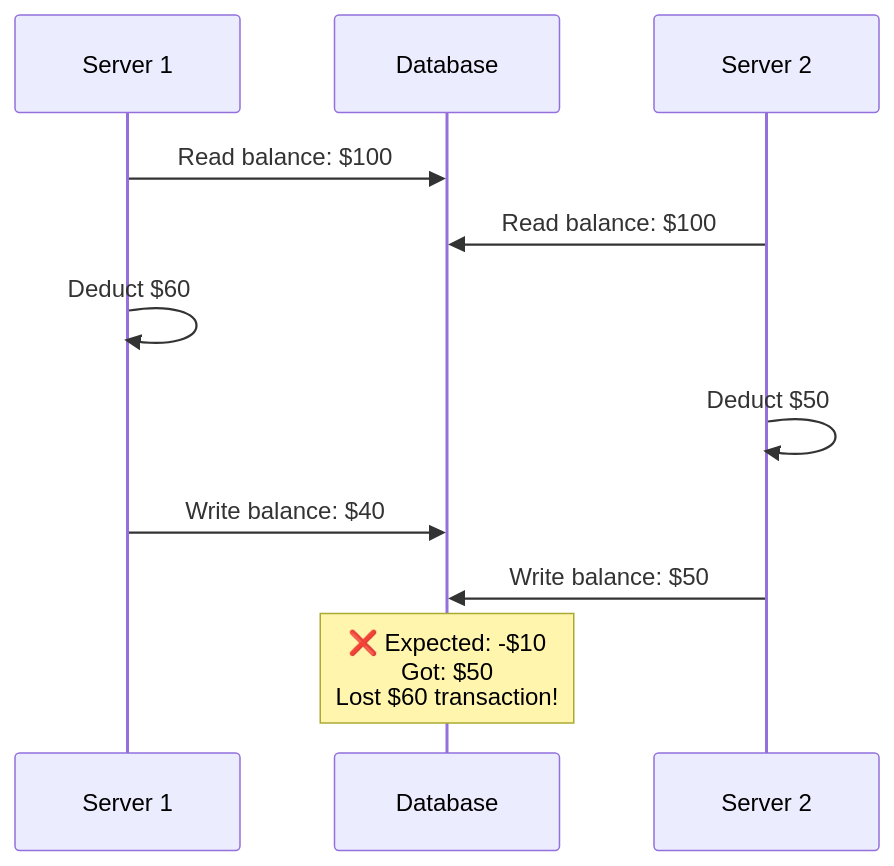
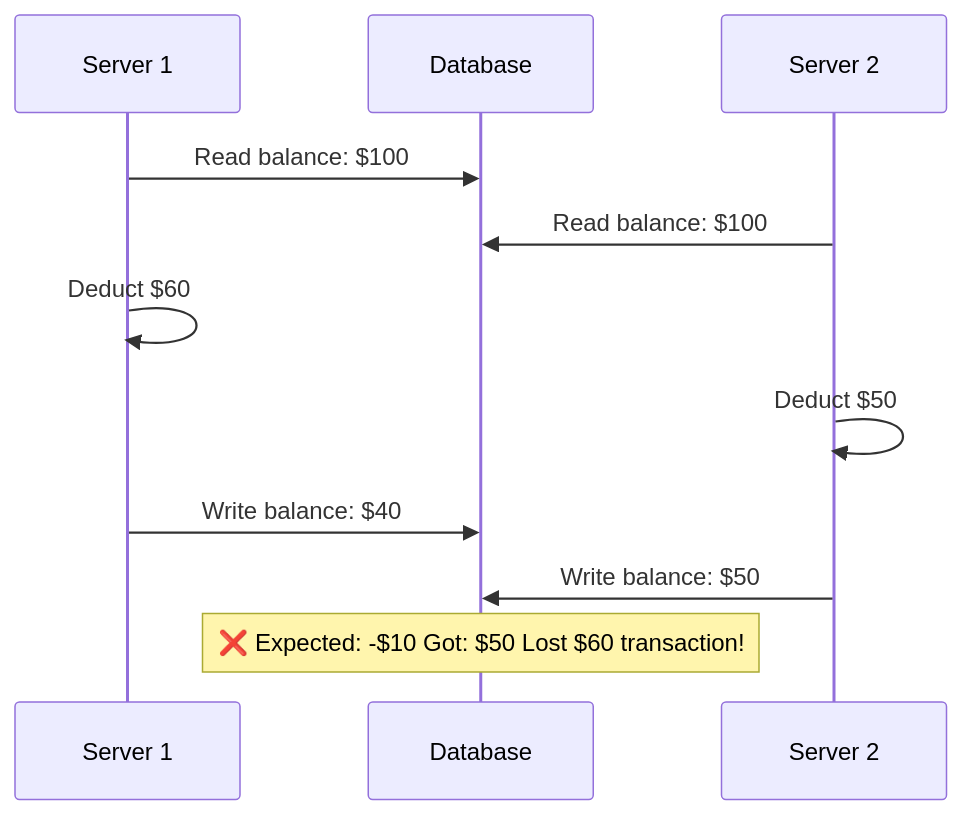
Before and after one commit to p1kmr/for-reading: the fifth of 39 diagrams in Distributed_Concurrency_Control_Guide.md, drawn with Mermaid. The commit also changed other lines of this file and 2 other files, not shown here.

Commit message:
Fix Mermaid rendering issues in Databases and Message Queues guides by simplifying complex diagrams

````diff
--- a/Distributed_Concurrency_Control_Guide.md
+++ b/Distributed_Concurrency_Control_Guide.md
@@ -193,17 +193,17 @@
 ```mermaid
 sequenceDiagram
     participant S1 as Server 1
     participant DB as Database
     participant S2 as Server 2
 
     S1->>DB: Read balance: $100
     S2->>DB: Read balance: $100
 
     S1->>S1: Deduct $60
     S2->>S2: Deduct $50
 
     S1->>DB: Write balance: $40
     S2->>DB: Write balance: $50
 
-    Note over DB: ❌ Expected: -$10<br/>Got: $50<br/>Lost $60 transaction!
+    Note over DB: ❌ Expected: -$10 Got: $50 Lost $60 transaction!
 ```
````
